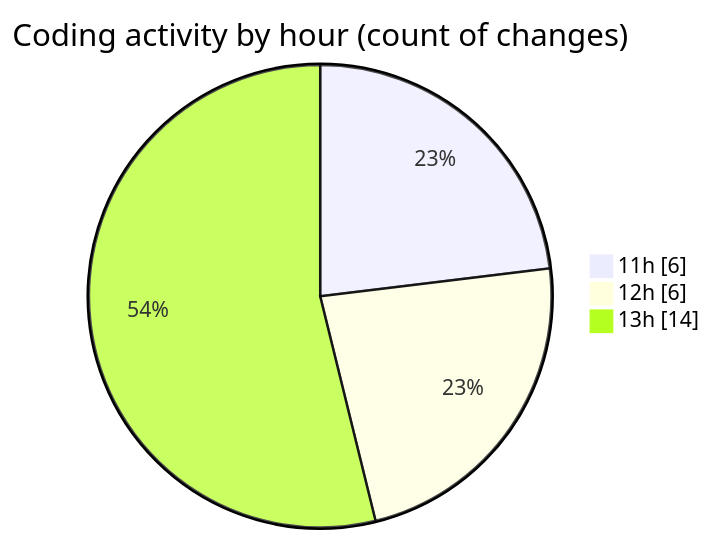
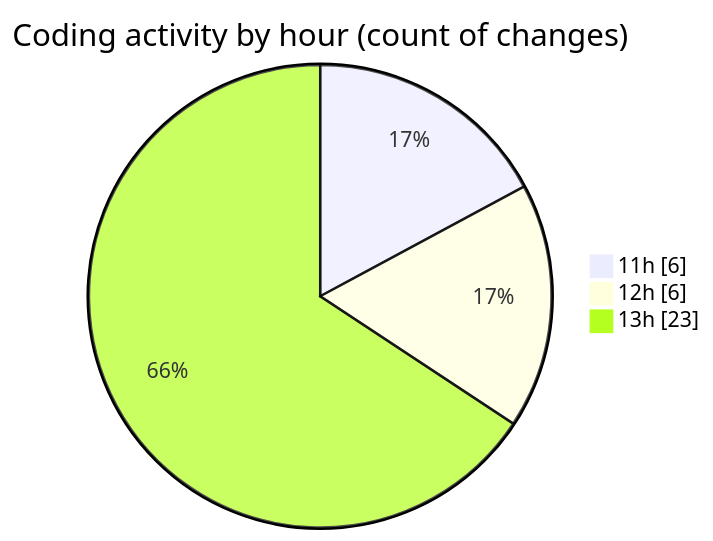
One commit to nxtqubesakshisongat/code-tracking changed the second of 2 diagrams in 2025-05-30/nxtqube_webapp/README.md. Above: the diagram before and after it, drawn with Mermaid. The commit also changed other lines of this file and 1 other file, not shown here.

````diff
--- a/2025-05-30/nxtqube_webapp/README.md
+++ b/2025-05-30/nxtqube_webapp/README.md
@@ -32,7 +32,7 @@
 ```mermaid
 pie showData
 title Coding activity by hour (count of changes)
 "11h" : 6
 "12h" : 6
-"13h" : 14
+"13h" : 23
 ```
````
